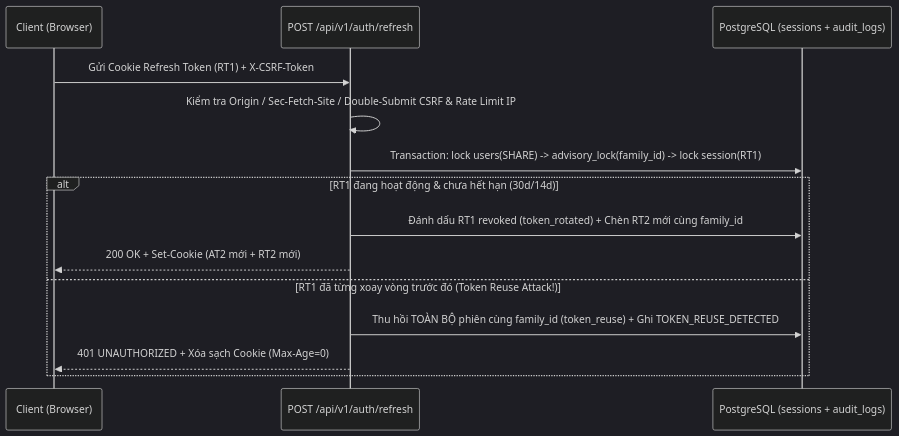
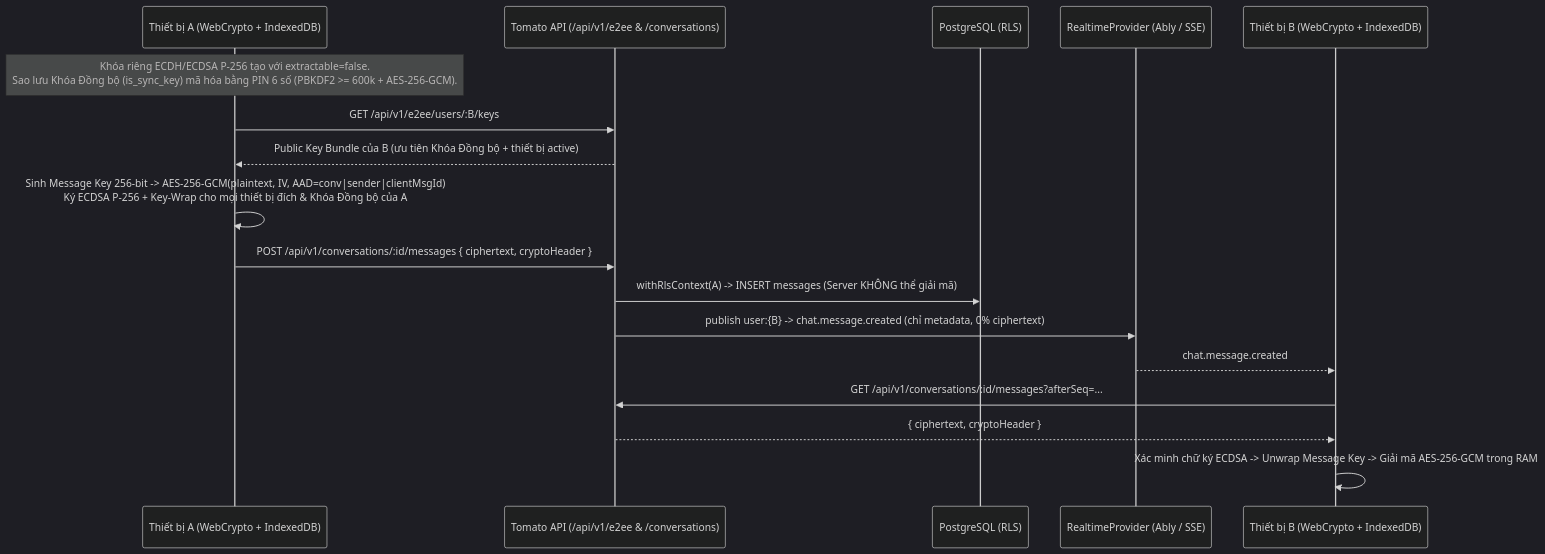
The second of 3 diagrams in README.md (letrongphi160102/tomato), drawn with Mermaid (dark theme) before and after one commit. The commit also changed other lines of this file and 71 other files, not shown here.

````diff
--- a/README.md
+++ b/README.md
@@ -80,17 +93,20 @@
 ```mermaid
 sequenceDiagram
-    participant C as Client (Browser)
-    participant A as POST /api/v1/auth/refresh
-    participant DB as PostgreSQL (sessions + audit_logs)
+    participant A as Thiết bị A (WebCrypto + IndexedDB)
+    participant API as Tomato API (/api/v1/e2ee & /conversations)
+    participant DB as PostgreSQL (RLS)
+    participant RT as RealtimeProvider (Ably / SSE)
+    participant B as Thiết bị B (WebCrypto + IndexedDB)
 
-    C->>A: Gửi Cookie Refresh Token (RT1) + X-CSRF-Token
-    A->>A: Kiểm tra Origin / Sec-Fetch-Site / Double-Submit CSRF & Rate Limit IP
-    A->>DB: Transaction: lock users(SHARE) -> advisory_lock(family_id) -> lock session(RT1)
-    alt RT1 đang hoạt động & chưa hết hạn (30d/14d)
-        A->>DB: Đánh dấu RT1 revoked (token_rotated) + Chèn RT2 mới cùng family_id
-        A-->>C: 200 OK + Set-Cookie (AT2 mới + RT2 mới)
-    else RT1 đã từng xoay vòng trước đó (Token Reuse Attack!)
-        A->>DB: Thu hồi TOÀN BỘ phiên cùng family_id (token_reuse) + Ghi TOKEN_REUSE_DETECTED
-        A-->>C: 401 UNAUTHORIZED + Xóa sạch Cookie (Max-Age=0)
-    end
+    Note over A: Khóa riêng ECDH/ECDSA P-256 tạo với extractable=false.<br/>Sao lưu Khóa Đồng bộ (is_sync_key) mã hóa bằng PIN 6 số (PBKDF2 >= 600k + AES-256-GCM).
+    A->>API: GET /api/v1/e2ee/users/:B/keys
+    API-->>A: Public Key Bundle của B (ưu tiên Khóa Đồng bộ + thiết bị active)
+    A->>A: Sinh Message Key 256-bit -> AES-256-GCM(plaintext, IV, AAD=conv|sender|clientMsgId)<br/>Ký ECDSA P-256 + Key-Wrap cho mọi thiết bị đích & Khóa Đồng bộ của A
+    A->>API: POST /api/v1/conversations/:id/messages { ciphertext, cryptoHeader }
+    API->>DB: withRlsContext(A) -> INSERT messages (Server KHÔNG thể giải mã)
+    API->>RT: publish user:{B} -> chat.message.created (chỉ metadata, 0% ciphertext)
+    RT-->>B: chat.message.created
+    B->>API: GET /api/v1/conversations/:id/messages?afterSeq=...
+    API-->>B: { ciphertext, cryptoHeader }
+    B->>B: Xác minh chữ ký ECDSA -> Unwrap Message Key -> Giải mã AES-256-GCM trong RAM
 ```
````
